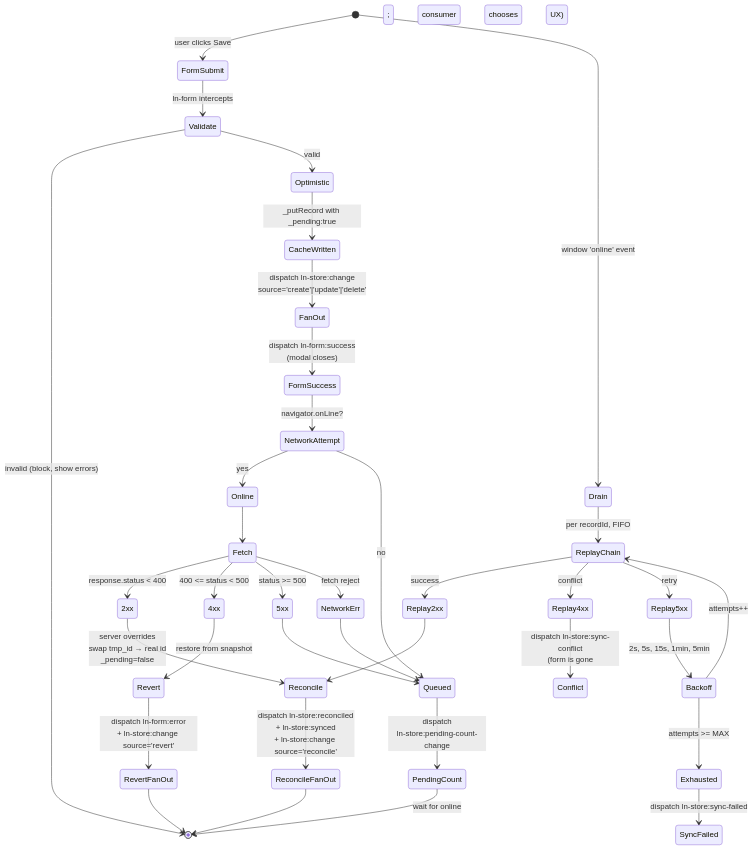
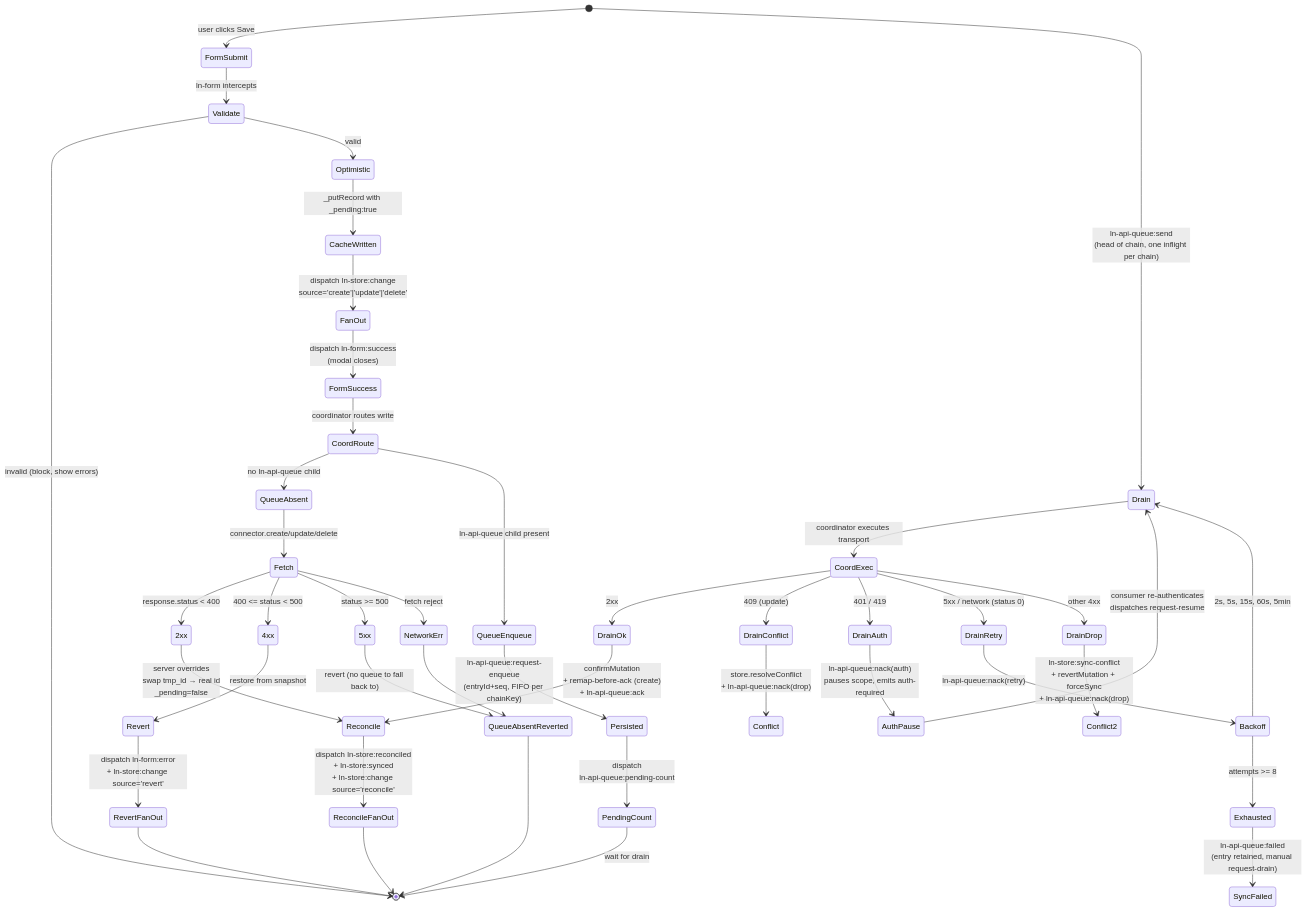
Before and after one commit to livenetworks/ln-ashlar: the diagram in docs/architecture/data-flow.md, drawn with Mermaid. The commit also changed other lines of this file and 73 other files, not shown here.

Commit message:
docs: add and update all architectural documentation files

````diff
--- a/docs/architecture/data-flow.md
+++ b/docs/architecture/data-flow.md
@@ -119,47 +122,55 @@
 ```mermaid
 stateDiagram-v2
     [*] --> FormSubmit: user clicks Save
     FormSubmit --> Validate: ln-form intercepts
     Validate --> [*]: invalid (block, show errors)
     Validate --> Optimistic: valid
 
     Optimistic --> CacheWritten: _putRecord with _pending:true
     CacheWritten --> FanOut: dispatch ln-store:change<br/>source='create'|'update'|'delete'
     FanOut --> FormSuccess: dispatch ln-form:success<br/>(modal closes)
-    FormSuccess --> NetworkAttempt: navigator.onLine?
+    FormSuccess --> CoordRoute: coordinator routes write
 
-    NetworkAttempt --> Online: yes
-    NetworkAttempt --> Queued: no
+    CoordRoute --> QueueAbsent: no ln-api-queue child
+    CoordRoute --> QueueEnqueue: ln-api-queue child present
 
-    Online --> Fetch
+    QueueAbsent --> Fetch: connector.create/update/delete
     Fetch --> 2xx: response.status < 400
     Fetch --> 4xx: 400 <= status < 500
     Fetch --> 5xx: status >= 500
     Fetch --> NetworkErr: fetch reject
 
     2xx --> Reconcile: server overrides<br/>swap tmp_id → real id<br/>_pending=false
     Reconcile --> ReconcileFanOut: dispatch ln-store:reconciled<br/>+ ln-store:synced<br/>+ ln-store:change source='reconcile'
     ReconcileFanOut --> [*]
 
     4xx --> Revert: restore from snapshot
     Revert --> RevertFanOut: dispatch ln-form:error<br/>+ ln-store:change source='revert'
     RevertFanOut --> [*]
 
-    5xx --> Queued
-    NetworkErr --> Queued
-    Queued --> PendingCount: dispatch<br/>ln-store:pending-count-change
+    5xx --> QueueAbsentReverted: revert (no queue to fall back to)
+    NetworkErr --> QueueAbsentReverted
+    QueueAbsentReverted --> [*]
 
-    PendingCount --> [*]: wait for online
+    QueueEnqueue --> Persisted: ln-api-queue:request-enqueue<br/>(entryId+seq, FIFO per chainKey)
+    Persisted --> PendingCount: dispatch<br/>ln-api-queue:pending-count
+    PendingCount --> [*]: wait for drain
 
-    [*] --> Drain: window 'online' event
-    Drain --> ReplayChain: per recordId, FIFO
-    ReplayChain --> Replay2xx: success
-    ReplayChain --> Replay4xx: conflict
-    ReplayChain --> Replay5xx: retry
-    Replay2xx --> Reconcile
-    Replay4xx --> Conflict: dispatch ln-store:sync-conflict<br/>(form is gone; consumer chooses UX)
-    Replay5xx --> Backoff: 2s, 5s, 15s, 1min, 5min
-    Backoff --> ReplayChain: attempts++
-    Backoff --> Exhausted: attempts >= MAX
-    Exhausted --> SyncFailed: dispatch ln-store:sync-failed
+    [*] --> Drain: ln-api-queue:send<br/>(head of chain, one inflight per chain)
+    Drain --> CoordExec: coordinator executes transport
+    CoordExec --> DrainOk: 2xx
+    CoordExec --> DrainConflict: 409 (update)
+    CoordExec --> DrainAuth: 401 / 419
+    CoordExec --> DrainRetry: 5xx / network (status 0)
+    CoordExec --> DrainDrop: other 4xx
+
+    DrainOk --> Reconcile: confirmMutation<br/>+ remap-before-ack (create)<br/>+ ln-api-queue:ack
+    DrainConflict --> Conflict: store.resolveConflict<br/>+ ln-api-queue:nack(drop)
+    DrainAuth --> AuthPause: ln-api-queue:nack(auth)<br/>pauses scope, emits auth-required
+    AuthPause --> Drain: consumer re-authenticates<br/>dispatches request-resume
+    DrainDrop --> Conflict2: ln-store:sync-conflict<br/>+ revertMutation + forceSync<br/>+ ln-api-queue:nack(drop)
+    DrainRetry --> Backoff: ln-api-queue:nack(retry)
+    Backoff --> Drain: 2s, 5s, 15s, 60s, 5min
+    Backoff --> Exhausted: attempts >= 8
+    Exhausted --> SyncFailed: ln-api-queue:failed<br/>(entry retained, manual request-drain)
 ```
````
